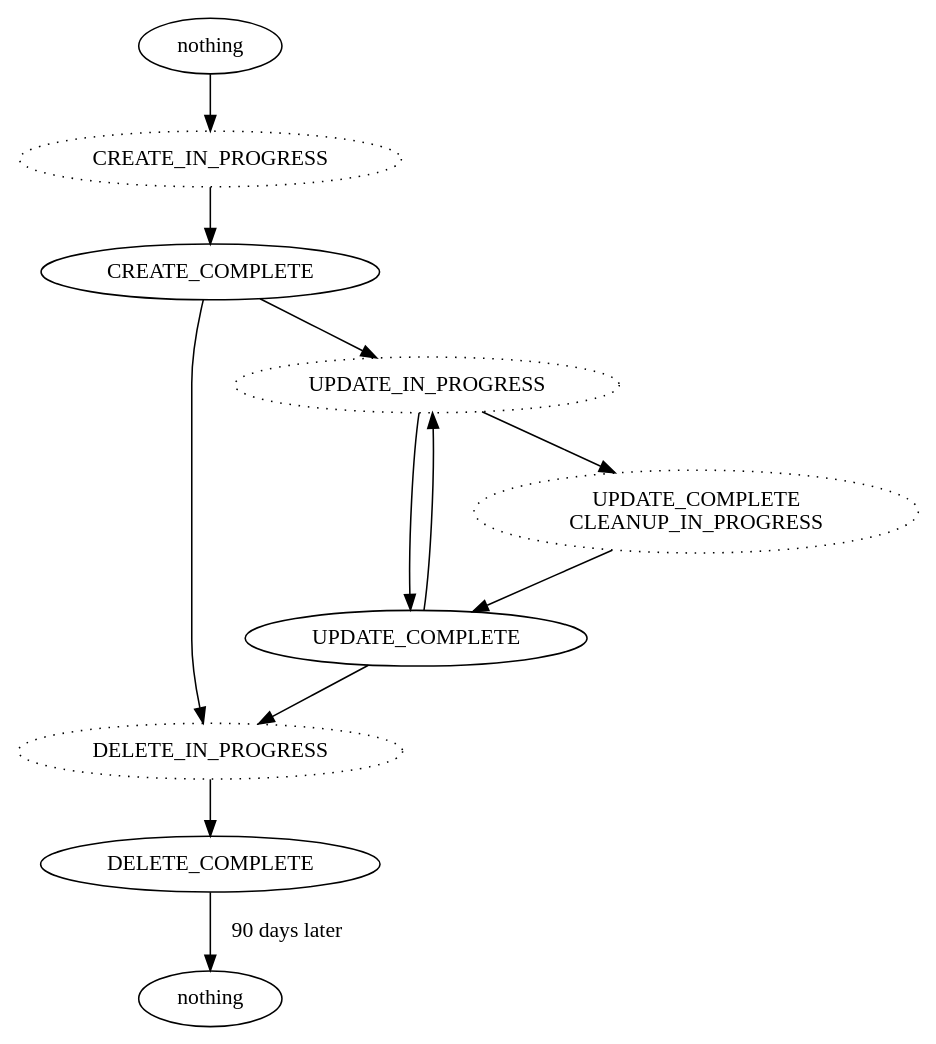
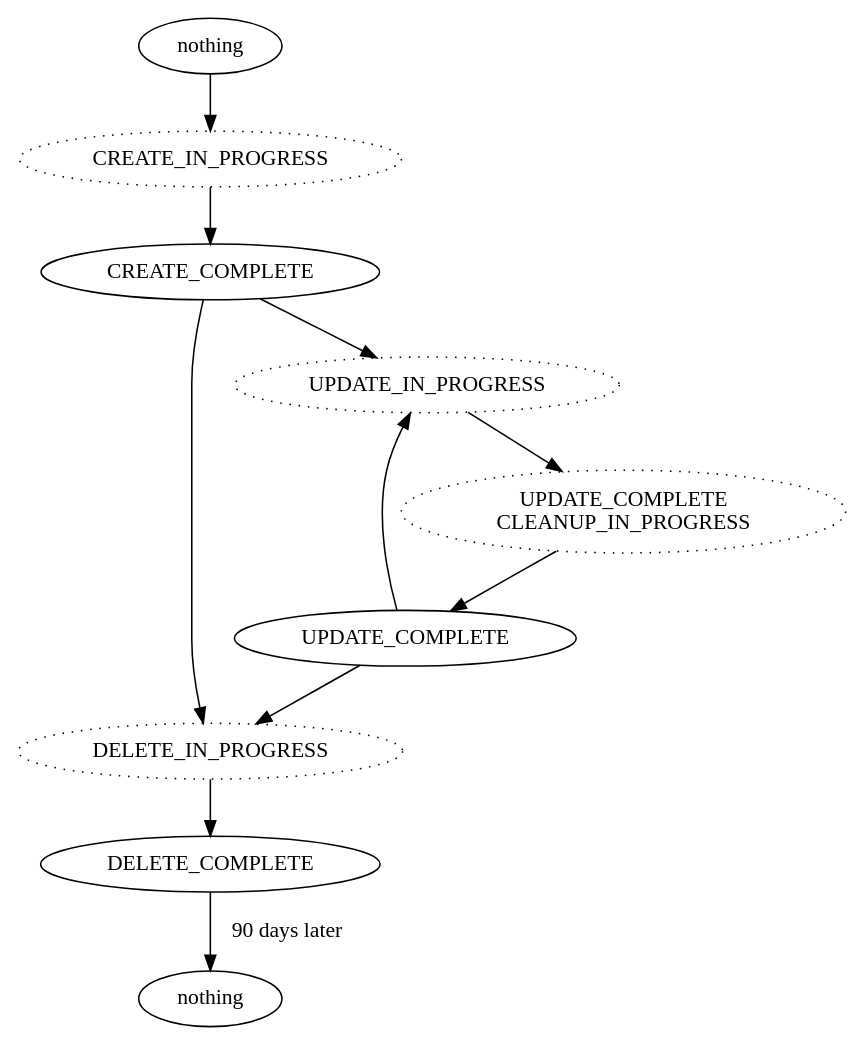
Before and after one commit to rvedotrc/aws-cloudformation-stack-states: the diagram in cf-happy.dot, drawn with Graphviz.

Commit message:
Simplify by not skipping "cleanup"

```diff
--- a/cf-happy.dot
+++ b/cf-happy.dot
@@ -1,28 +1,27 @@
 digraph stack_states {
 
   before_existence [ label="nothing" ]
   after_existence [ label="nothing" ]
 
   CREATE_COMPLETE
   CREATE_IN_PROGRESS [ style=dotted ]
   DELETE_COMPLETE
   DELETE_IN_PROGRESS [ style=dotted ]
   UPDATE_COMPLETE
   UPDATE_COMPLETE_CLEANUP_IN_PROGRESS [ style=dotted label="UPDATE_COMPLETE\nCLEANUP_IN_PROGRESS" ]
   UPDATE_IN_PROGRESS [ style=dotted ]
 
   before_existence -> CREATE_IN_PROGRESS
   CREATE_IN_PROGRESS -> CREATE_COMPLETE
 
-  CREATE_COMPLETE -> UPDATE_IN_PROGRESS -> UPDATE_COMPLETE
-  UPDATE_IN_PROGRESS -> UPDATE_COMPLETE_CLEANUP_IN_PROGRESS -> UPDATE_COMPLETE
+  CREATE_COMPLETE -> UPDATE_IN_PROGRESS -> UPDATE_COMPLETE_CLEANUP_IN_PROGRESS -> UPDATE_COMPLETE
   UPDATE_COMPLETE -> UPDATE_IN_PROGRESS
 
   UPDATE_COMPLETE -> DELETE_IN_PROGRESS
 
   CREATE_COMPLETE -> DELETE_IN_PROGRESS
   DELETE_IN_PROGRESS -> DELETE_COMPLETE
   DELETE_COMPLETE -> after_existence [ label=" 90 days later" ]
 
 }
 // # vi: set sw=2 et ai :
```
